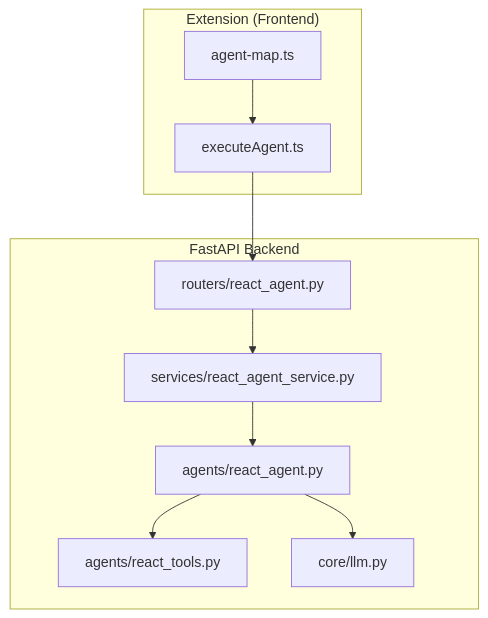
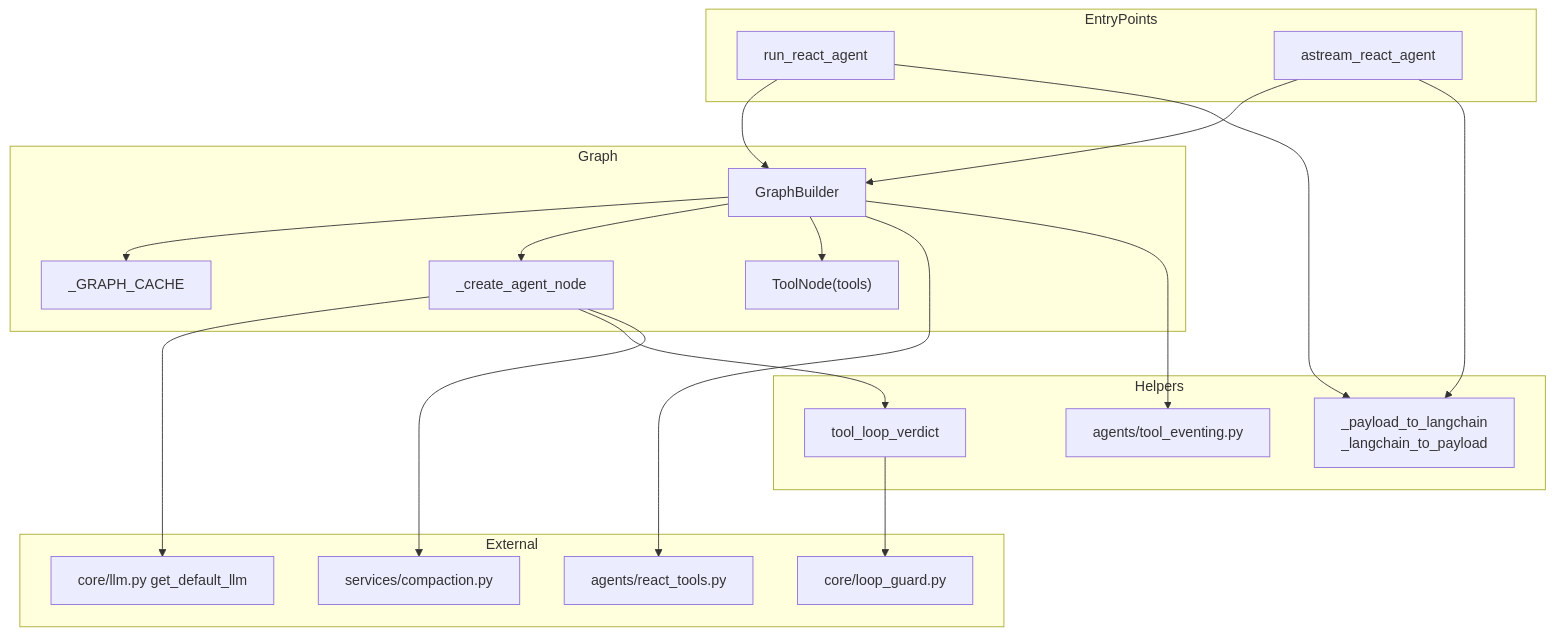
Before and after one commit to tashifkhan/tashif.codes: the first of 6 diagrams in src/data/docs/agentic-browser/AI Agent System/Reactive Agent Architecture.md, drawn with Mermaid. The commit also changed other lines of this file and 114 other files, not shown here.

````diff
--- a/src/data/docs/agentic-browser/AI Agent System/Reactive Agent Architecture.md
+++ b/src/data/docs/agentic-browser/AI Agent System/Reactive Agent Architecture.md
@@ -11,20 +14,37 @@
 ```mermaid
 graph TB
-subgraph "Extension (Frontend)"
-EXTSVC["executeAgent.ts"]
-MAP["agent-map.ts"]
-end
-subgraph "FastAPI Backend"
-ROUTER["routers/react_agent.py"]
-SERVICE["services/react_agent_service.py"]
-AGENT["agents/react_agent.py"]
-TOOLS["agents/react_tools.py"]
-LLM["core/llm.py"]
-end
-EXTSVC --> ROUTER
-MAP --> EXTSVC
-ROUTER --> SERVICE
-SERVICE --> AGENT
-AGENT --> TOOLS
-AGENT --> LLM
+  subgraph EntryPoints
+    Run["run_react_agent"]
+    Stream["astream_react_agent"]
+  end
+  subgraph Graph
+    Builder["GraphBuilder"]
+    AgentNode["_create_agent_node"]
+    ToolNode["ToolNode(tools)"]
+    Cache["_GRAPH_CACHE"]
+  end
+  subgraph Helpers
+    Convert["_payload_to_langchain<br/>_langchain_to_payload"]
+    Verdict["tool_loop_verdict"]
+    Events["agents/tool_eventing.py"]
+  end
+  subgraph External
+    LLM["core/llm.py get_default_llm"]
+    Tools["agents/react_tools.py"]
+    Compaction["services/compaction.py"]
+    Guard["core/loop_guard.py"]
+  end
+  Run --> Builder
+  Stream --> Builder
+  Builder --> Cache
+  Builder --> AgentNode
+  Builder --> ToolNode
+  AgentNode --> LLM
+  AgentNode --> Verdict
+  AgentNode --> Compaction
+  Verdict --> Guard
+  Builder --> Tools
+  Builder --> Events
+  Run --> Convert
+  Stream --> Convert
 ```
````
